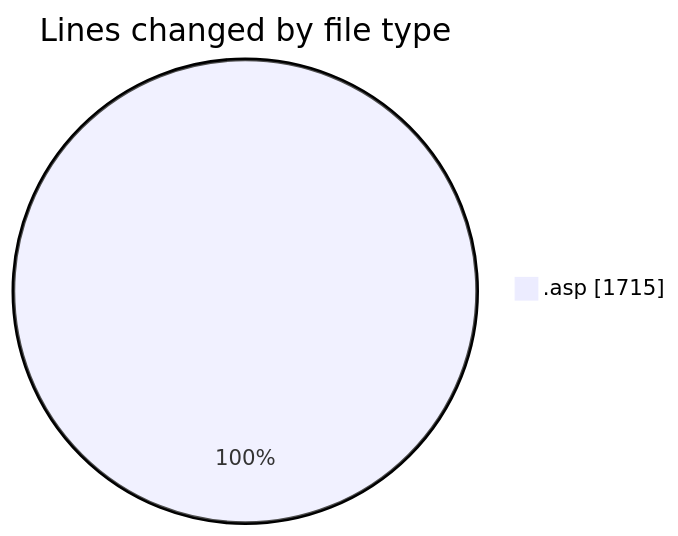
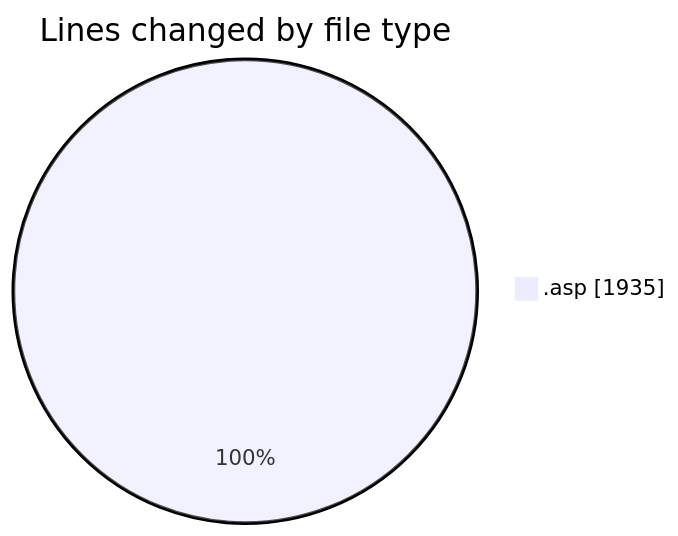
Before and after one commit to julien-gomy/code-tracking: the first of 2 diagrams in 2025-10-10/cdp_aleoudev_fr__workspace_/README.md, drawn with Mermaid. The commit also changed other lines of this file and 1 other file, not shown here.

````diff
--- a/2025-10-10/cdp_aleoudev_fr__workspace_/README.md
+++ b/2025-10-10/cdp_aleoudev_fr__workspace_/README.md
@@ -21,5 +22,5 @@
 ```mermaid
 pie showData
 title Lines changed by file type
-".asp" : 1715
+".asp" : 1935
 ```
````
